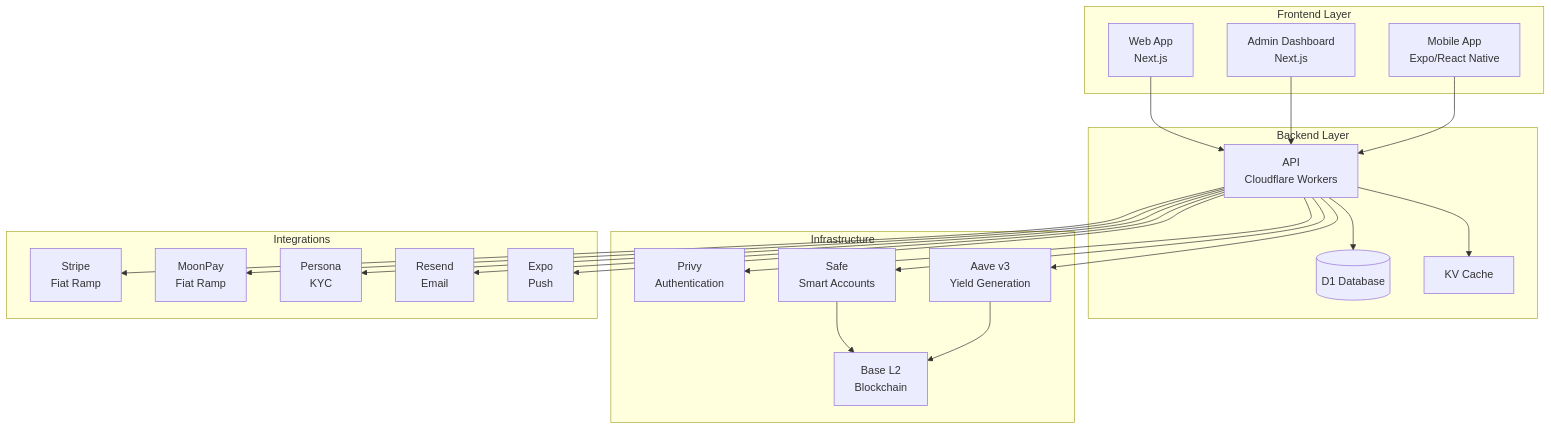
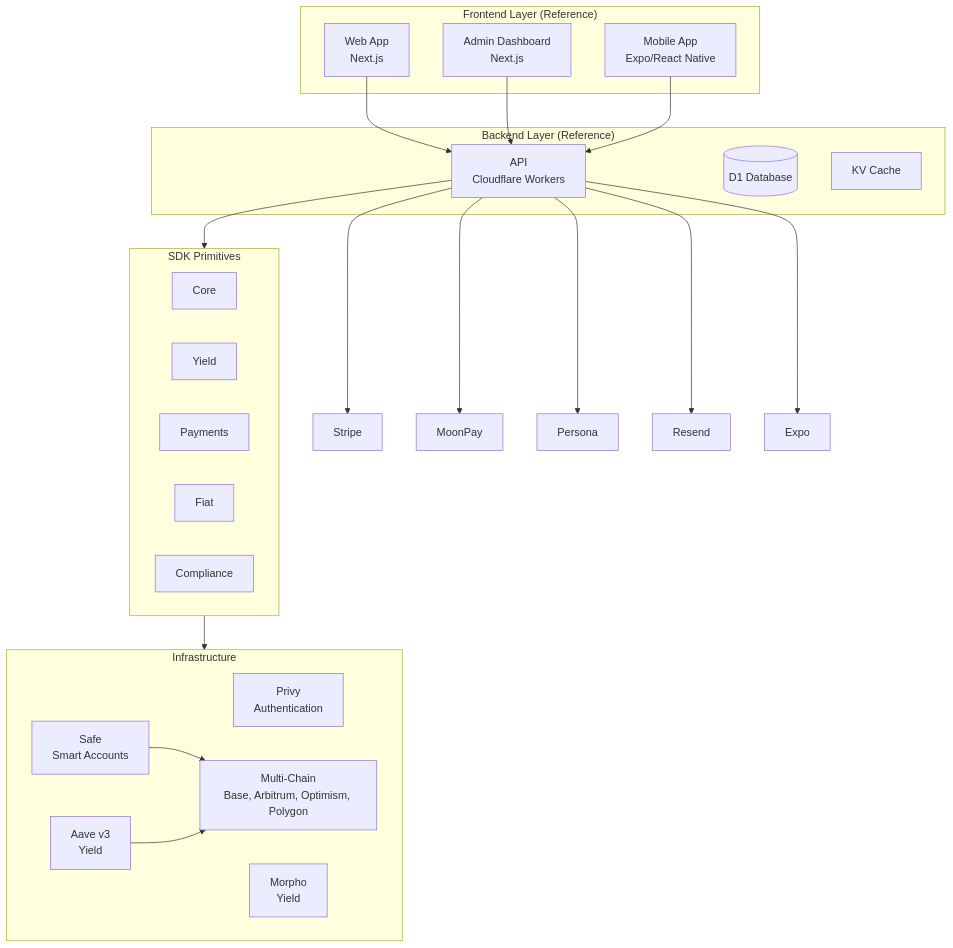
One commit to TRC-Crypto/stashtab changed the first of 4 diagrams in docs/ARCHITECTURE.md. Above: the diagram before and after it, drawn with Mermaid. The commit also changed other lines of this file and 124 other files, not shown here.

````diff
--- a/docs/ARCHITECTURE.md
+++ b/docs/ARCHITECTURE.md
@@ -63,47 +136,45 @@
 ```mermaid
 graph TB
-    subgraph Frontend["Frontend Layer"]
+    subgraph Frontend["Frontend Layer (Reference)"]
         Web[Web App<br/>Next.js]
         Admin[Admin Dashboard<br/>Next.js]
         Mobile[Mobile App<br/>Expo/React Native]
     end
 
-    subgraph Backend["Backend Layer"]
+    subgraph Backend["Backend Layer (Reference)"]
         API[API<br/>Cloudflare Workers]
         DB[(D1 Database)]
         KV[KV Cache]
     end
 
+    subgraph Primitives["SDK Primitives"]
+        Core[Core]
+        Yield[Yield]
+        Payments[Payments]
+        Fiat[Fiat]
+        Compliance[Compliance]
+    end
+
     subgraph Infrastructure["Infrastructure"]
         Privy[Privy<br/>Authentication]
         Safe[Safe<br/>Smart Accounts]
-        Aave[Aave v3<br/>Yield Generation]
-        Base[Base L2<br/>Blockchain]
-    end
-
-    subgraph Integrations["Integrations"]
-        Stripe[Stripe<br/>Fiat Ramp]
-        MoonPay[MoonPay<br/>Fiat Ramp]
-        Persona[Persona<br/>KYC]
-        Resend[Resend<br/>Email]
-        Expo[Expo<br/>Push]
+        Aave[Aave v3<br/>Yield]
+        Morpho[Morpho<br/>Yield]
+        Base[Multi-Chain<br/>Base, Arbitrum, Optimism, Polygon]
     end
 
     Web --> API
     Admin --> API
     Mobile --> API
 
-    API --> DB
-    API --> KV
-    API --> Privy
-    API --> Safe
-    API --> Aave
+    API --> Primitives
+    Primitives --> Infrastructure
     API --> Stripe
     API --> MoonPay
     API --> Persona
     API --> Resend
     API --> Expo
 
     Safe --> Base
     Aave --> Base
 ```
````
